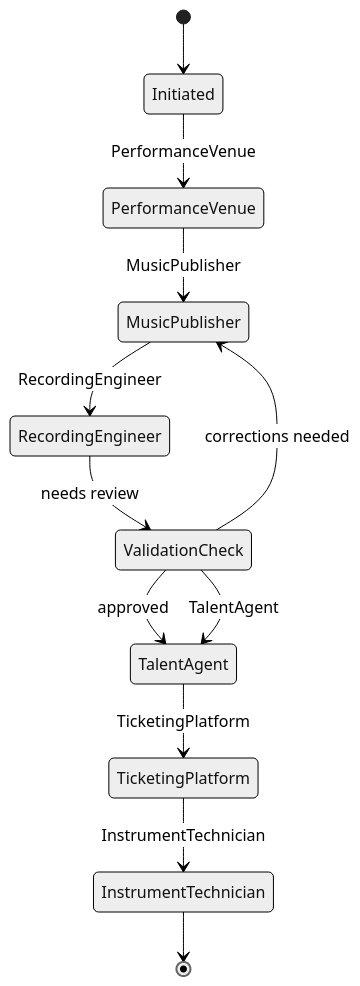
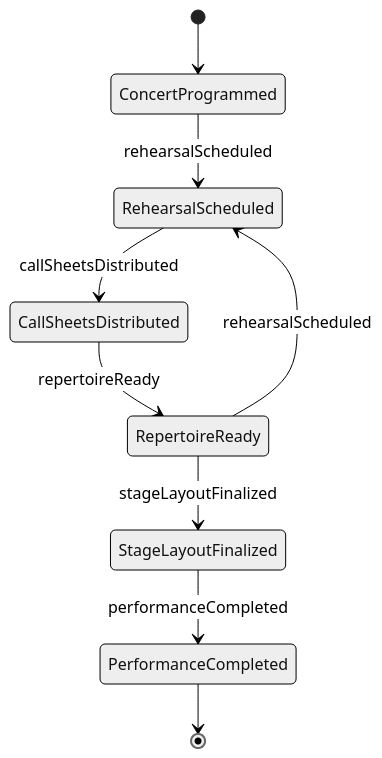
The second of 4 diagrams in GuidingDirectingAndMotivatingSubordinates/CoordinateArtisticOrEntertainmentActivities/CoordinateMusicalRehearsalsPerformances.mdx (dot-org-ai/tasks.org.ai), drawn with Mermaid (neutral theme) before and after one commit. The commit also changed other lines of this file and 515 other files, not shown here.

````diff
--- a/GuidingDirectingAndMotivatingSubordinates/CoordinateArtisticOrEntertainmentActivities/CoordinateMusicalRehearsalsPerformances.mdx
+++ b/GuidingDirectingAndMotivatingSubordinates/CoordinateArtisticOrEntertainmentActivities/CoordinateMusicalRehearsalsPerformances.mdx
@@ -113,14 +104,11 @@
 ```mermaid
 stateDiagram-v2
-    [*] --> Initiated
-    Initiated --> PerformanceVenue: PerformanceVenue
-    PerformanceVenue --> MusicPublisher: MusicPublisher
-    MusicPublisher --> RecordingEngineer: RecordingEngineer
-    RecordingEngineer --> ValidationCheck: needs review
-    ValidationCheck --> MusicPublisher: corrections needed
-    ValidationCheck --> TalentAgent: approved
-    ValidationCheck --> TalentAgent: TalentAgent
-    TalentAgent --> TicketingPlatform: TicketingPlatform
-    TicketingPlatform --> InstrumentTechnician: InstrumentTechnician
-    InstrumentTechnician --> [*]
+    [*] --> ConcertProgrammed
+    ConcertProgrammed --> RehearsalScheduled : rehearsalScheduled
+    RehearsalScheduled --> CallSheetsDistributed : callSheetsDistributed
+    CallSheetsDistributed --> RepertoireReady : repertoireReady
+    RepertoireReady --> StageLayoutFinalized : stageLayoutFinalized
+    StageLayoutFinalized --> PerformanceCompleted : performanceCompleted
+    RepertoireReady --> RehearsalScheduled : rehearsalScheduled
+    PerformanceCompleted --> [*]
 ```
````
